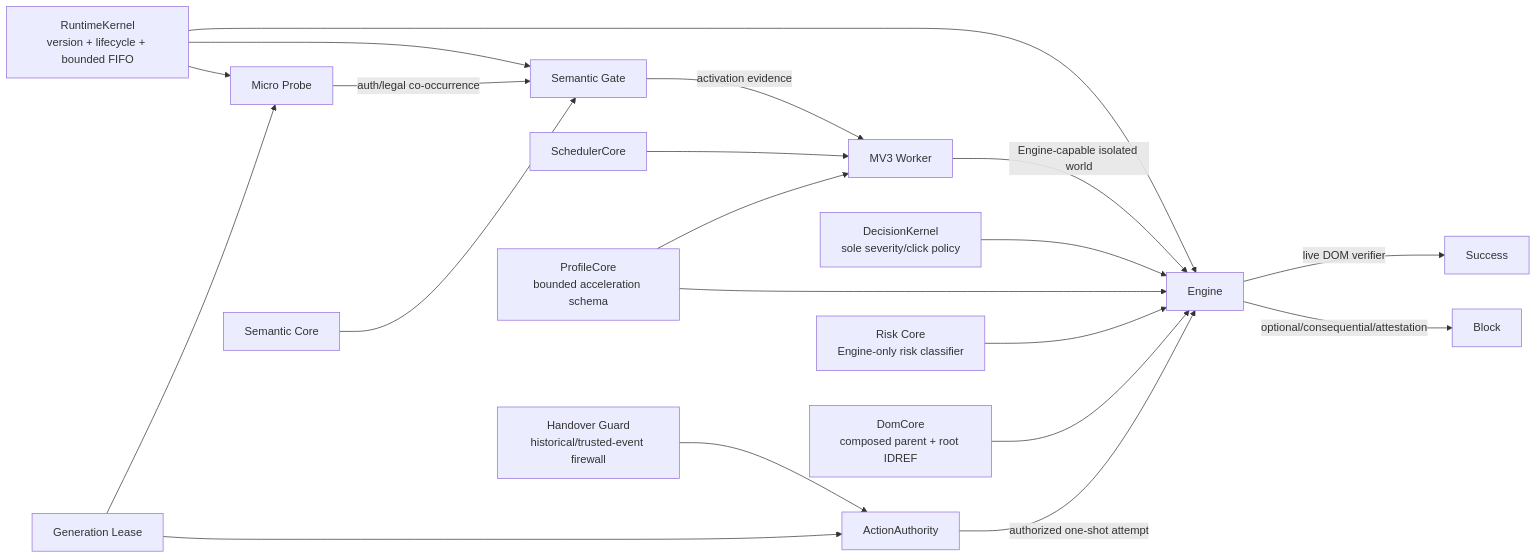
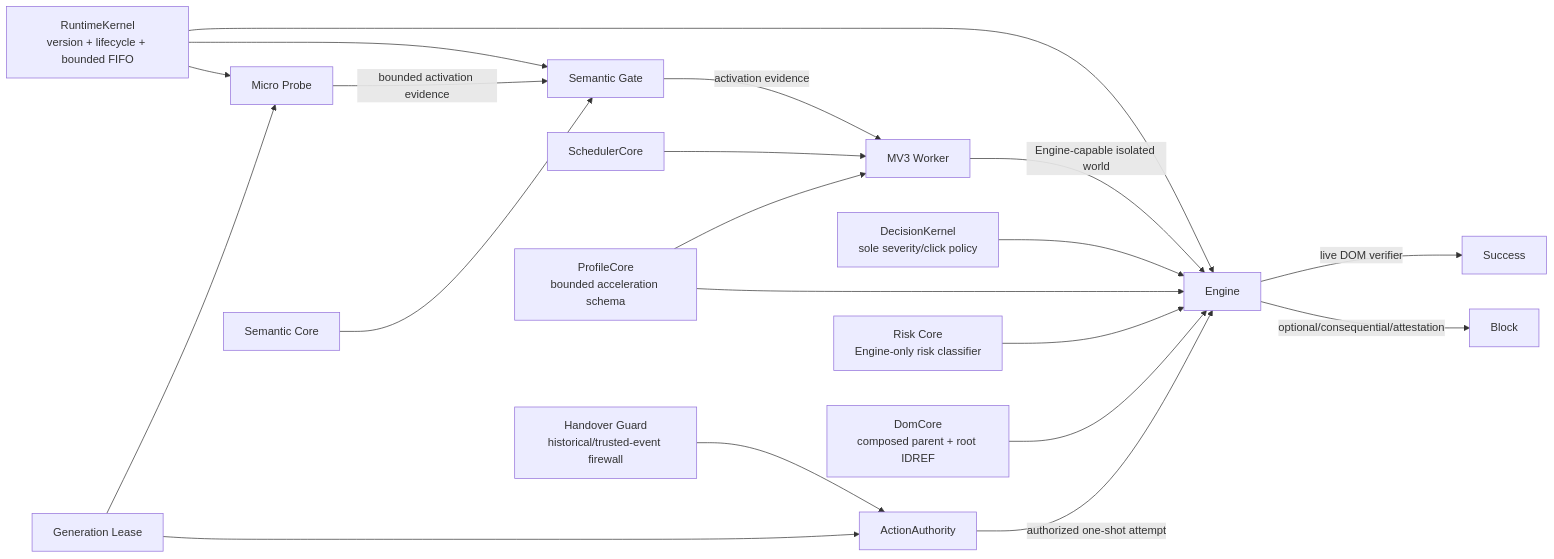
One commit to QzCrane/auto-agree changed the diagram in README.md. Above: the diagram before and after it, drawn with Mermaid. The commit also changed other lines of this file and 20 other files, not shown here.

````diff
--- a/README.md
+++ b/README.md
@@ -21,22 +21,22 @@
 ```mermaid
 flowchart LR
   RK[RuntimeKernel\nversion + lifecycle + bounded FIFO] --> P[Micro Probe]
   RK --> G[Semantic Gate]
   RK --> E[Engine]
   L[Generation Lease] --> P
-  P -->|auth/legal co-occurrence| G
+  P -->|bounded activation evidence| G
   SC[Semantic Core] --> G
   G -->|activation evidence| W[MV3 Worker]
   W -->|Engine-capable isolated world| E
   DC[DecisionKernel\nsole severity/click policy] --> E
   PC[ProfileCore\nbounded acceleration schema] --> E
   RC[Risk Core\nEngine-only risk classifier] --> E
   DOM[DomCore\ncomposed parent + root IDREF] --> E
   HG[Handover Guard\nhistorical/trusted-event firewall] --> AA[ActionAuthority]
   L --> AA
   AA -->|authorized one-shot attempt| E
   E -->|live DOM verifier| OK[Success]
   E -->|optional/consequential/attestation| BLOCK[Block]
   WS[SchedulerCore] --> W
   PC --> W
 ```
````
